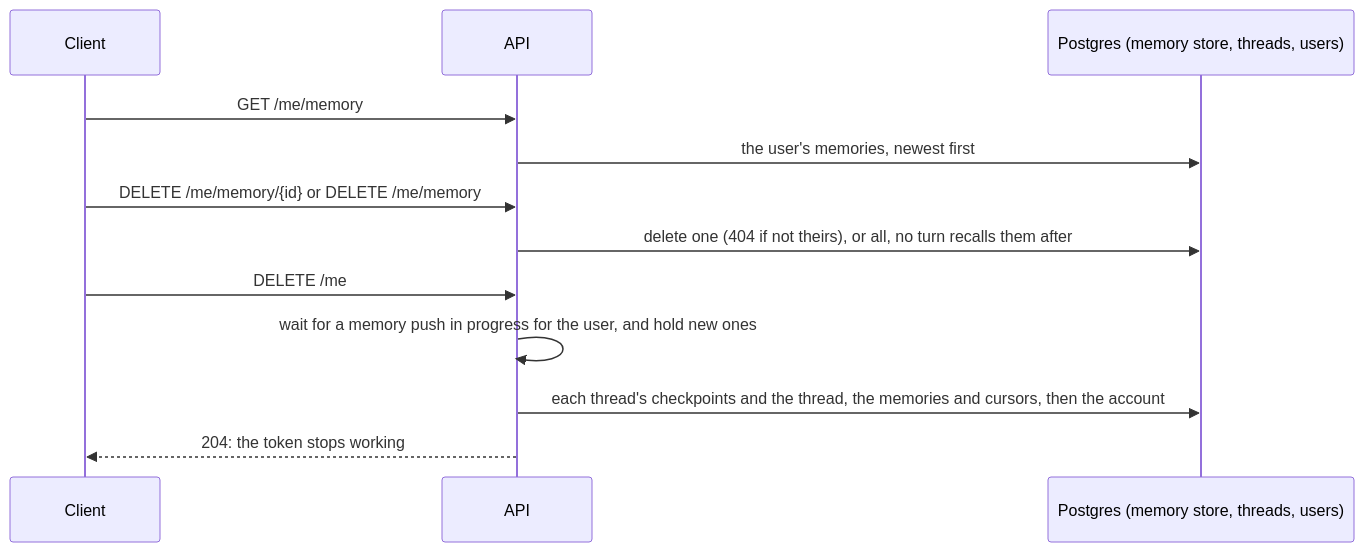
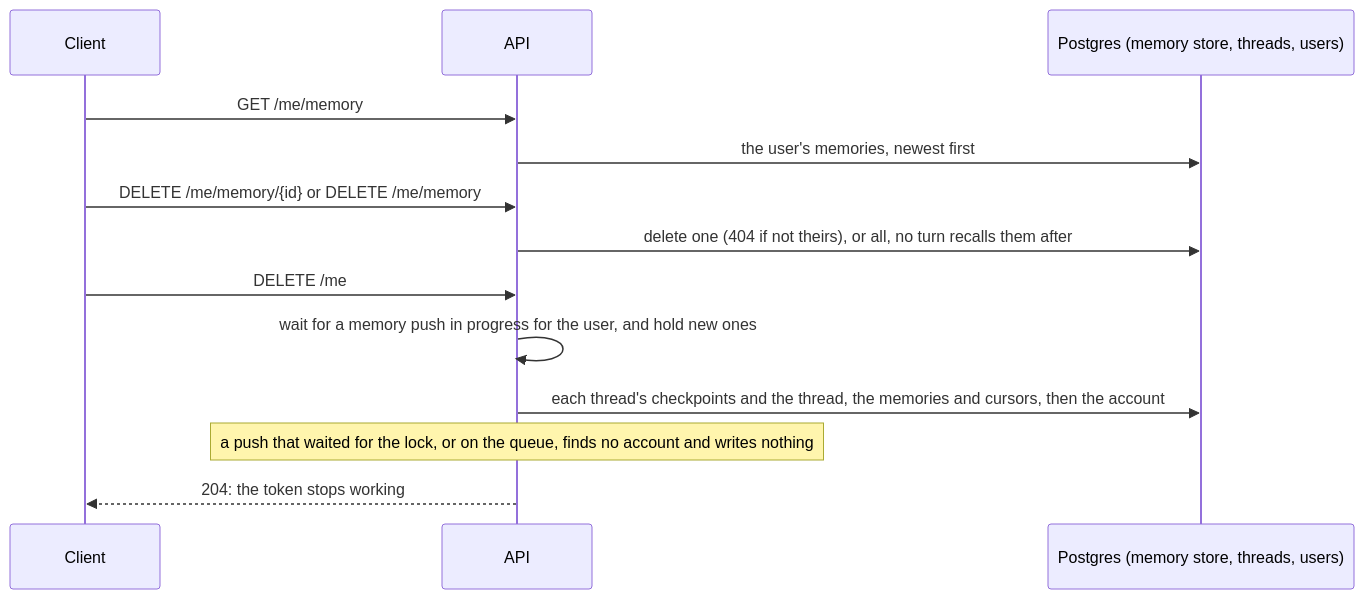
Before and after one commit to Anirudh1905/agentic-ai-chatbot: the eighth of 9 diagrams in docs/api.md, drawn with Mermaid. The commit also changed other lines of this file and 72 other files, not shown here.

````diff
--- a/docs/api.md
+++ b/docs/api.md
@@ -239,14 +244,15 @@
 ```mermaid
 sequenceDiagram
     participant C as Client
     participant API as API
     participant PG as Postgres (memory store, threads, users)
     C->>API: GET /me/memory
     API->>PG: the user's memories, newest first
     C->>API: DELETE /me/memory/{id} or DELETE /me/memory
     API->>PG: delete one (404 if not theirs), or all, no turn recalls them after
     C->>API: DELETE /me
     API->>API: wait for a memory push in progress for the user, and hold new ones
     API->>PG: each thread's checkpoints and the thread, the memories and cursors, then the account
+    Note over API: a push that waited for the lock, or on the queue, finds no account and writes nothing
     API-->>C: 204: the token stops working
 ```
````
